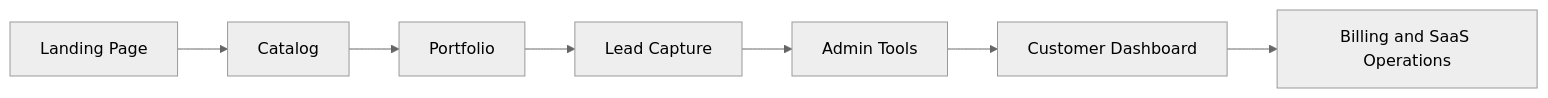
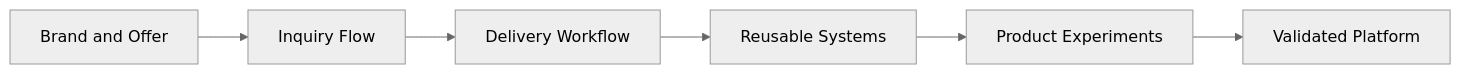
The diagram in README.md (quaso-hub/ajoclub), drawn with Mermaid (neutral theme) before and after one commit. The commit also changed other lines of this file and 5 other files, not shown here.

````diff
--- a/README.md
+++ b/README.md
@@ -48,9 +72,8 @@
 ```mermaid
 flowchart LR
-  A["Landing Page"] --> B["Catalog"]
-  B --> C["Portfolio"]
-  C --> D["Lead Capture"]
-  D --> E["Admin Tools"]
-  E --> F["Customer Dashboard"]
-  F --> G["Billing and SaaS Operations"]
+  A["Brand and Offer"] --> B["Inquiry Flow"]
+  B --> C["Delivery Workflow"]
+  C --> D["Reusable Systems"]
+  D --> E["Product Experiments"]
+  E --> F["Validated Platform"]
 ```
````
